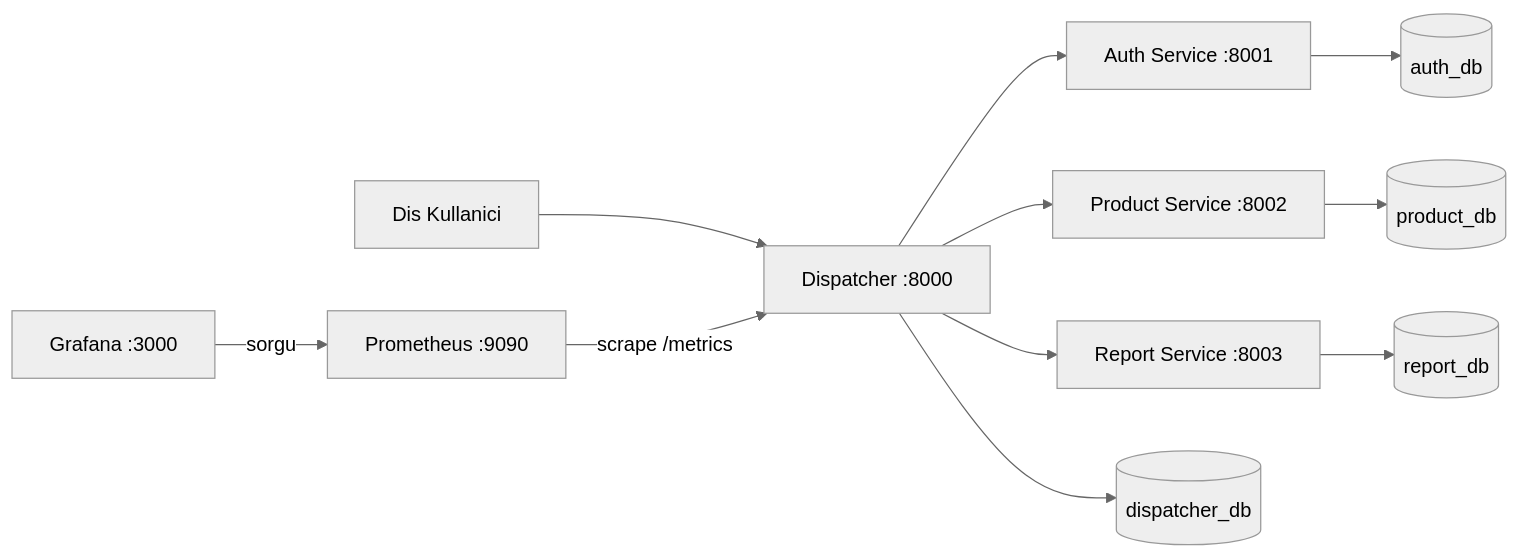
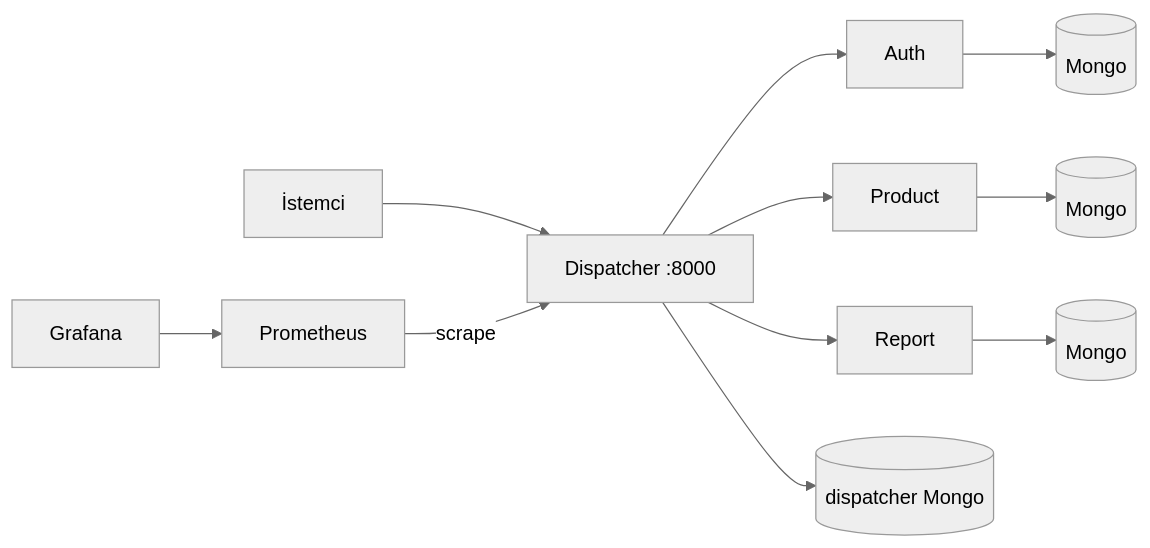
One commit to elifaysan/YAZ_lab changed the diagram in README.md. Above: the diagram before and after it, drawn with Mermaid (neutral theme). The commit also changed other lines of this file, not shown here.

````diff
--- a/README.md
+++ b/README.md
@@ -179,15 +51,13 @@
 ```mermaid
 flowchart LR
-  U[Dis Kullanici] --> D[Dispatcher :8000]
-  D --> A[Auth Service :8001]
-  D --> P[Product Service :8002]
-  D --> R[Report Service :8003]
-
-  D --> DDB[(dispatcher_db)]
-  A --> ADB[(auth_db)]
-  P --> PDB[(product_db)]
-  R --> RDB[(report_db)]
-
-  PR[Prometheus :9090] -->|scrape /metrics| D
-  G[Grafana :3000] -->|sorgu| PR
+  C[İstemci] --> D[Dispatcher :8000]
+  D --> A[Auth]
+  D --> P[Product]
+  D --> R[Report]
+  A --> MA[(Mongo)]
+  P --> MP[(Mongo)]
+  R --> MR[(Mongo)]
+  D --> MD[(dispatcher Mongo)]
+  PR[Prometheus] -->|scrape| D
+  G[Grafana] --> PR
 ```
````
